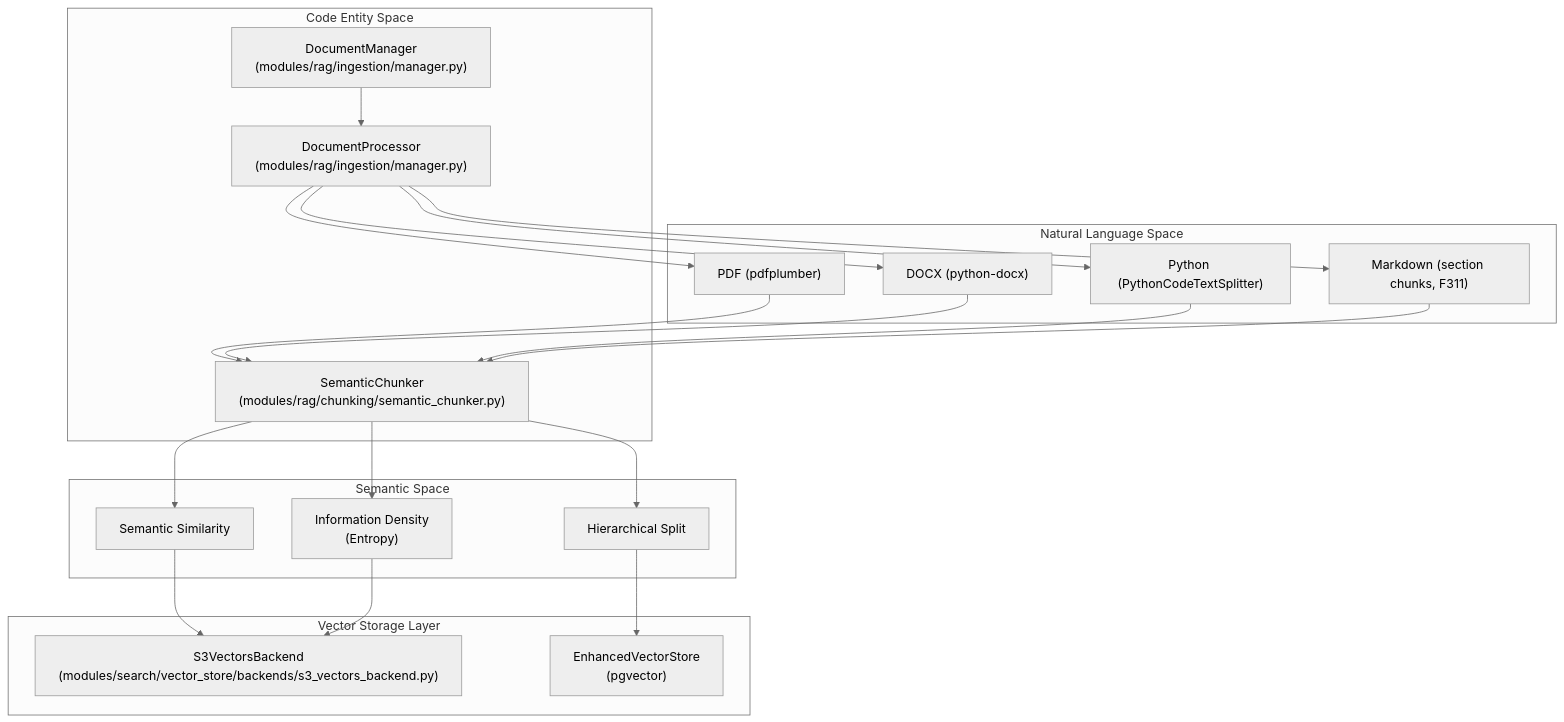
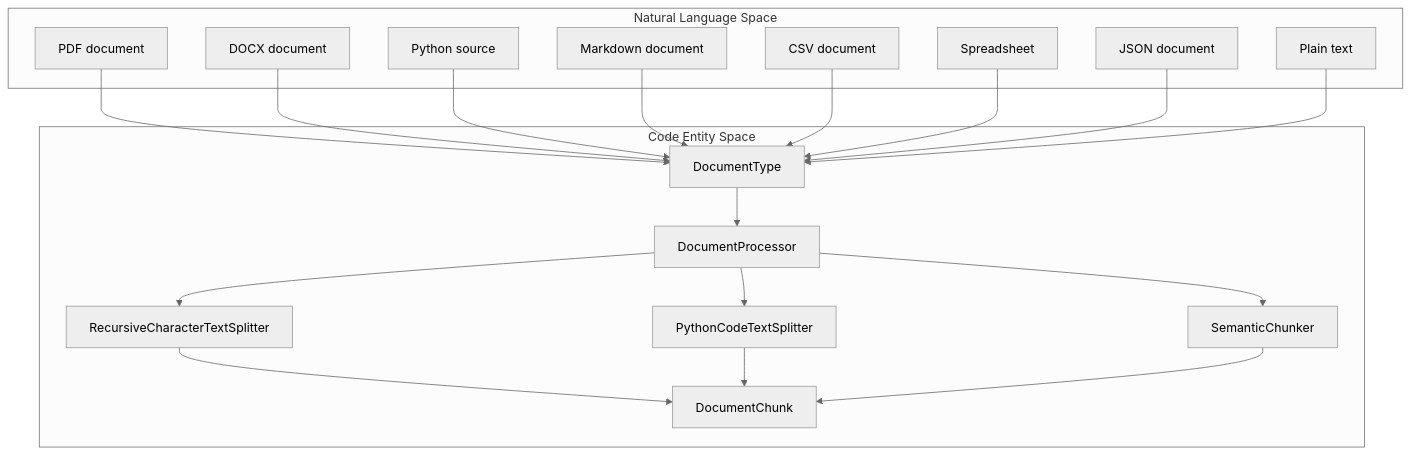
The first of 2 diagrams in docs/knowledge-base-rag/semantic-chunking-strategies.md (AutomatosAI/automatos-ai), drawn with Mermaid (neutral theme) before and after one commit. The commit also changed other lines of this file and 188 other files, not shown here.

First line of the commit message:
docs: refresh architecture docs and add coverage for new subsystems (#1416)

````diff
--- a/docs/knowledge-base-rag/semantic-chunking-strategies.md
+++ b/docs/knowledge-base-rag/semantic-chunking-strategies.md
@@ -53,45 +50,38 @@
 ```mermaid
-graph TB
+flowchart TB
     subgraph "Natural Language Space"
-        PDF["PDF (pdfplumber)"]
-        DOCX["DOCX (python-docx)"]
-        CODE["Python (PythonCodeTextSplitter)"]
-        MD["Markdown (section chunks, F311)"]
+        PDF["PDF document"]
+        DOCX["DOCX document"]
+        CODE["Python source"]
+        MD["Markdown document"]
+        CSV["CSV document"]
+        XLSX["Spreadsheet"]
+        JSON["JSON document"]
+        TEXT["Plain text"]
     end
 
     subgraph "Code Entity Space"
-        DocManager["DocumentManager<br/>(modules/rag/ingestion/manager.py)"]
-        Proc["DocumentProcessor<br/>(modules/rag/ingestion/manager.py)"]
-        SChunker["SemanticChunker<br/>(modules/rag/chunking/semantic_chunker.py)"]
-    end
-    
-    subgraph "Semantic Space"
-        Sim["Semantic Similarity"]
-        Entropy["Information Density<br/>(Entropy)"]
-        Hier["Hierarchical Split"]
+        TYPES["DocumentType"]
+        PROCESSOR["DocumentProcessor"]
+        RECURSIVE["RecursiveCharacterTextSplitter"]
+        PYTHON["PythonCodeTextSplitter"]
+        SEMANTIC["SemanticChunker"]
+        CHUNK["DocumentChunk"]
     end
 
-    subgraph "Vector Storage Layer"
-        S3V["S3VectorsBackend<br/>(modules/search/vector_store/backends/s3_vectors_backend.py)"]
-        PGV["EnhancedVectorStore<br/>(pgvector)"]
-    end
-
-    DocManager --> Proc
-    Proc --> PDF
-    Proc --> DOCX
-    Proc --> CODE
-    Proc --> MD
-    
-    PDF --> SChunker
-    DOCX --> SChunker
-    CODE --> SChunker
-    MD --> SChunker
-    
-    SChunker --> Sim
-    SChunker --> Entropy
-    SChunker --> Hier
-    
-    Sim --> S3V
-    Entropy --> S3V
-    Hier --> PGV
+    PDF --> TYPES
+    DOCX --> TYPES
+    CODE --> TYPES
+    MD --> TYPES
+    CSV --> TYPES
+    XLSX --> TYPES
+    JSON --> TYPES
+    TEXT --> TYPES
+    TYPES --> PROCESSOR
+    PROCESSOR --> RECURSIVE
+    PROCESSOR --> PYTHON
+    PROCESSOR --> SEMANTIC
+    RECURSIVE --> CHUNK
+    PYTHON --> CHUNK
+    SEMANTIC --> CHUNK
 ```
````
